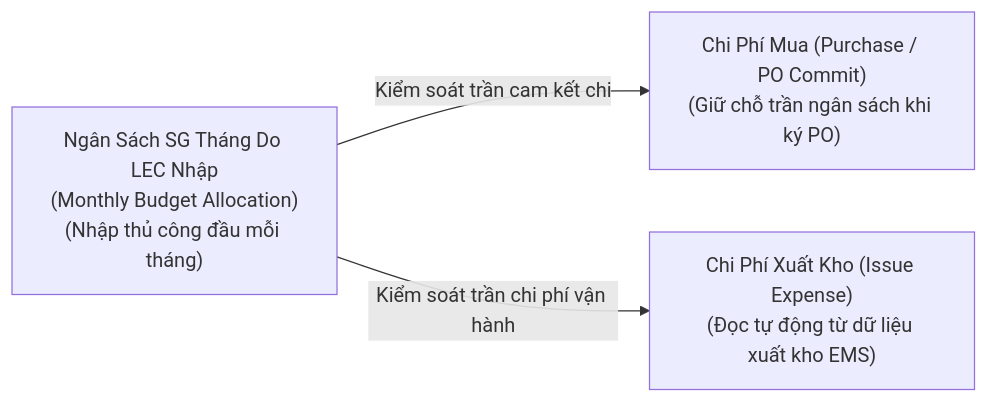
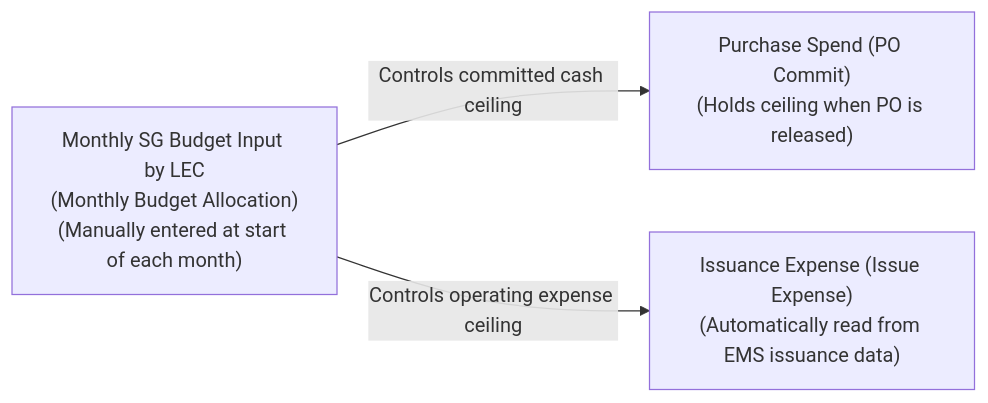
One commit to longphamduc-vn/ops-workflow changed the diagram in procurement-system/04-budget-cost-and-over-management/01-sg-budget-and-cost-accounting.md. Above: the diagram before and after it, drawn with Mermaid. The commit also changed other lines of this file and 28 other files, not shown here.

````diff
--- a/procurement-system/04-budget-cost-and-over-management/01-sg-budget-and-cost-accounting.md
+++ b/procurement-system/04-budget-cost-and-over-management/01-sg-budget-and-cost-accounting.md
@@ -10,9 +10,9 @@
 ```mermaid
 flowchart LR
-    A["Ngân Sách SG Tháng Do LEC Nhập\n(Monthly Budget Allocation)\n(Nhập thủ công đầu mỗi tháng)"]
-    B["Chi Phí Mua (Purchase / PO Commit)\n(Giữ chỗ trần ngân sách khi ký PO)"]
-    C["Chi Phí Xuất Kho (Issue Expense)\n(Đọc tự động từ dữ liệu xuất kho EMS)"]
+    A["Monthly SG Budget Input by LEC\n(Monthly Budget Allocation)\n(Manually entered at start of each month)"]
+    B["Purchase Spend (PO Commit)\n(Holds ceiling when PO is released)"]
+    C["Issuance Expense (Issue Expense)\n(Automatically read from EMS issuance data)"]
 
-    A -->|Kiểm soát trần cam kết chi| B
-    A -->|Kiểm soát trần chi phí vận hành| C
+    A -->|Controls committed cash ceiling| B
+    A -->|Controls operating expense ceiling| C
 ```
````
